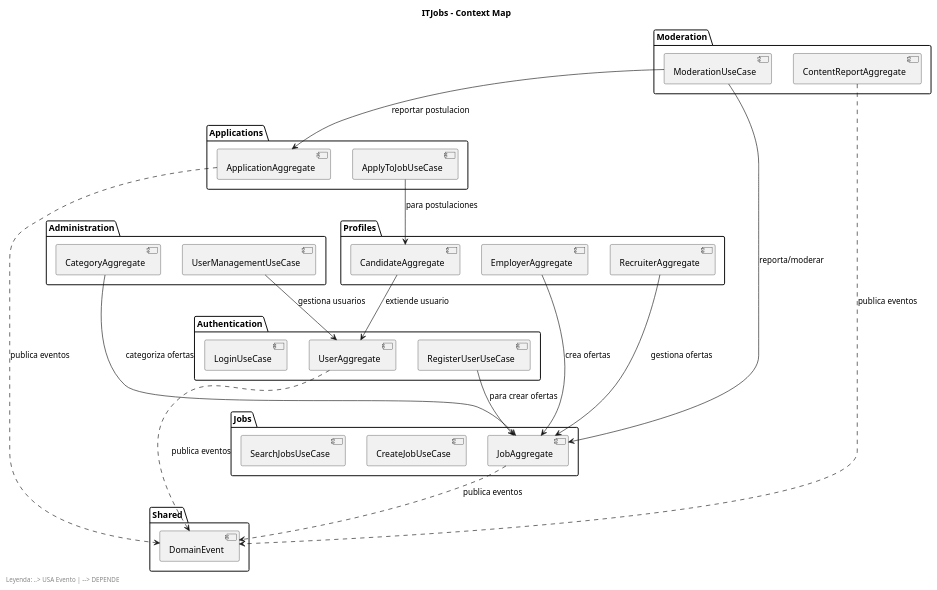
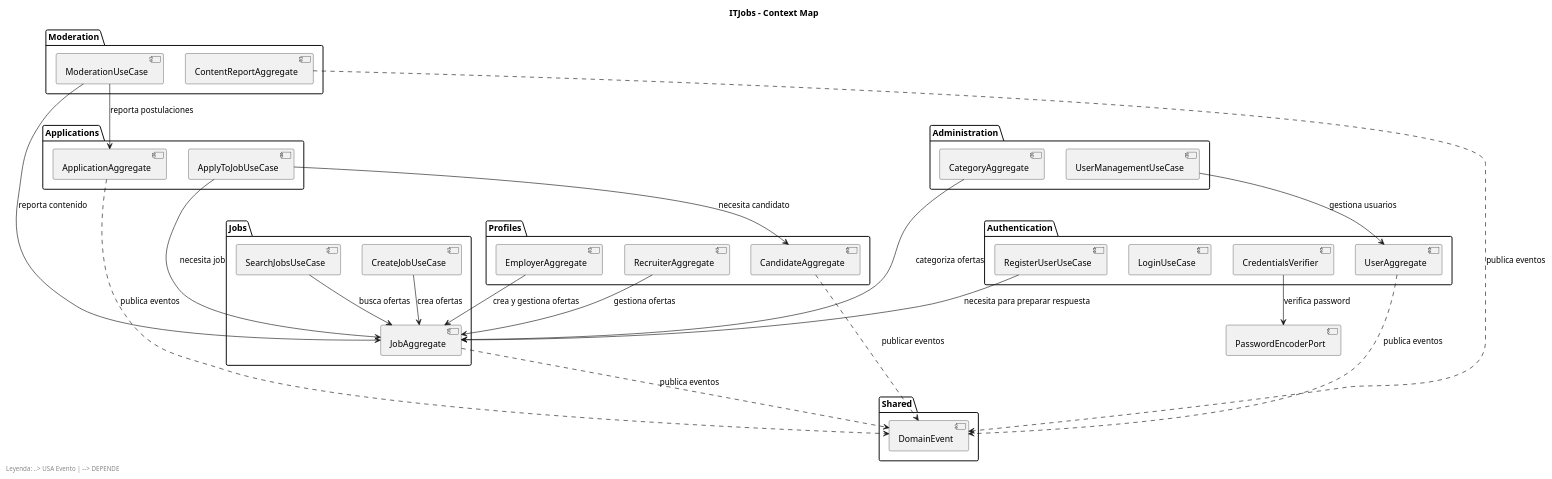
Before and after one commit to Leonardo-Robot-PostRock/RiseTogetherDemo: the diagram in itjobs-docs/diagrams/context-map.puml, drawn with PlantUML. The commit also changed 1 other file, not shown here.

Commit message:
docs(diagrams): update class diagram and context map

```diff
--- a/itjobs-docs/diagrams/context-map.puml
+++ b/itjobs-docs/diagrams/context-map.puml
@@ -1,63 +1,76 @@
 @startuml ContextMap
 
 title ITJobs - Context Map
 
 left footer Leyenda: ..> USA Evento | --> DEPENDE
 
 package "Shared" {
     component [DomainEvent]
 }
 
 package "Authentication" {
     component [UserAggregate]
     component [RegisterUserUseCase]
     component [LoginUseCase]
+    component [CredentialsVerifier]
 }
 
 package "Jobs" {
     component [JobAggregate]
     component [CreateJobUseCase]
     component [SearchJobsUseCase]
 }
 
 package "Applications" {
     component [ApplicationAggregate]
     component [ApplyToJobUseCase]
 }
 
 package "Profiles" {
     component [CandidateAggregate]
     component [EmployerAggregate]
     component [RecruiterAggregate]
 }
 
 package "Administration" {
     component [CategoryAggregate]
     component [UserManagementUseCase]
 }
 
 package "Moderation" {
     component [ContentReportAggregate]
     component [ModerationUseCase]
 }
 
-' Flechas con etiquetas claras
-
-' Domain Events
+' Domain Events publishes
 UserAggregate ..> [DomainEvent] : publica eventos
 JobAggregate ..> [DomainEvent] : publica eventos
 ApplicationAggregate ..> [DomainEvent] : publica eventos
 ContentReportAggregate ..> [DomainEvent] : publica eventos
 
-' Relaciones entre contextos
-RegisterUserUseCase --> [JobAggregate] : "para crear ofertas"
-ApplyToJobUseCase --> [CandidateAggregate] : "para postulaciones"
-CandidateAggregate --> [UserAggregate] : "extiende usuario"
-EmployerAggregate --> [JobAggregate] : "crea ofertas"
-RecruiterAggregate --> [JobAggregate] : "gestiona ofertas"
-CategoryAggregate --> [JobAggregate] : "categoriza ofertas"
-ModerationUseCase --> [JobAggregate] : "reporta/moderar"
-ModerationUseCase --> [ApplicationAggregate] : "reportar postulacion"
-UserManagementUseCase --> [UserAggregate] : "gestiona usuarios"
+' Authentication relations
+RegisterUserUseCase --> [JobAggregate] : necesita para preparar respuesta
+CredentialsVerifier --> [PasswordEncoderPort] : verifica password
+
+' Jobs relations (IMPLEMENTADO en codigo)
+CreateJobUseCase --> [JobAggregate] : crea ofertas
+SearchJobsUseCase --> [JobAggregate] : busca ofertas
+
+' Applications relations
+ApplyToJobUseCase --> [CandidateAggregate] : necesita candidato
+ApplyToJobUseCase --> [JobAggregate] : necesita job
+
+' Profiles relations
+CandidateAggregate ..> [DomainEvent] : publicar eventos
+EmployerAggregate --> [JobAggregate] : crea y gestiona ofertas
+RecruiterAggregate --> [JobAggregate] : gestiona ofertas
+
+' Administration
+CategoryAggregate --> [JobAggregate] : categoriza ofertas
+UserManagementUseCase --> [UserAggregate] : gestiona usuarios
+
+' Moderation
+ModerationUseCase --> [JobAggregate] : reporta contenido
+ModerationUseCase --> [ApplicationAggregate] : reporta postulaciones
 
 @enduml
```
